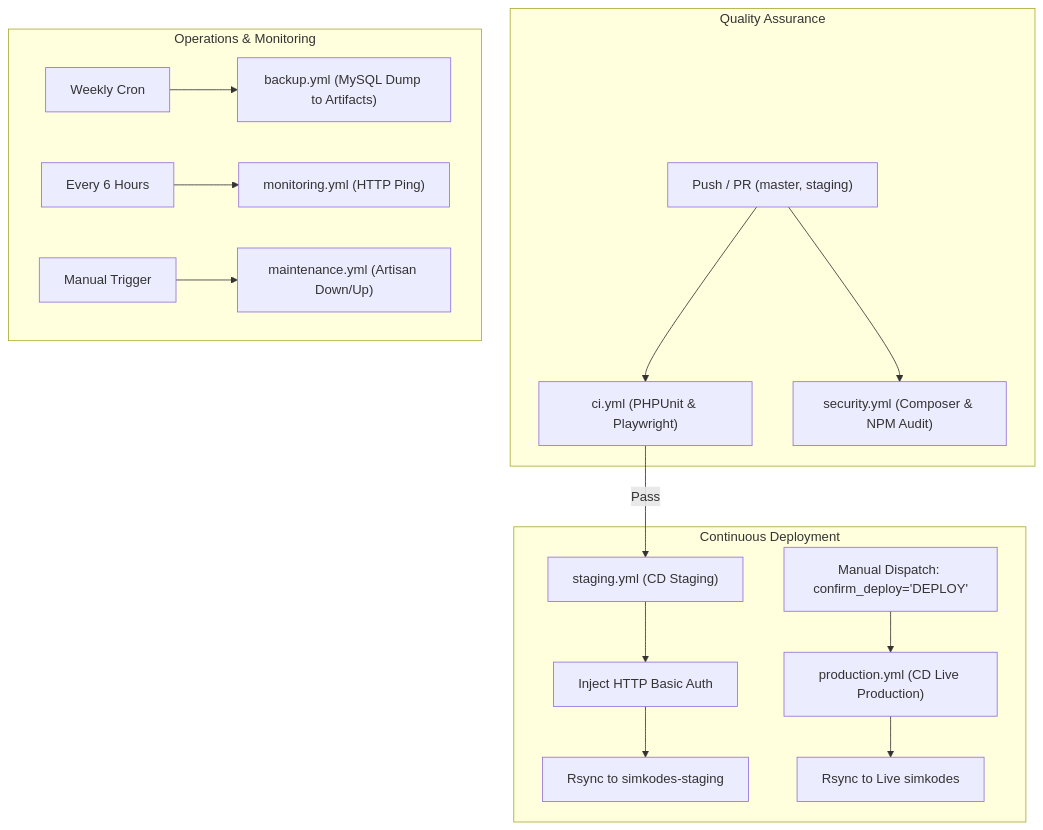
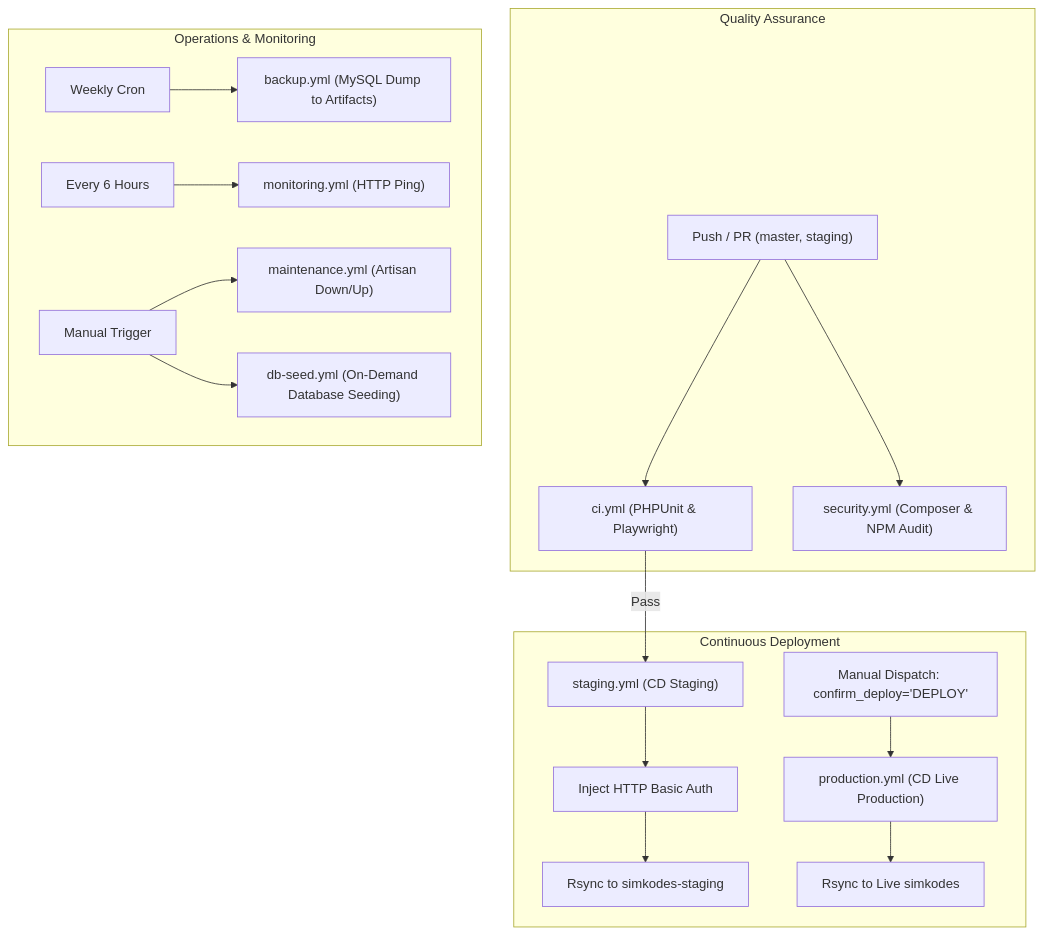
Before and after one commit to muhamadrofii/simkodes-qa-devops-portfolio: the diagram in README.md, drawn with Mermaid. The commit also changed other lines of this file and 4 other files, not shown here.

````diff
--- a/README.md
+++ b/README.md
@@ -154,22 +154,23 @@
 ```mermaid
 flowchart TD
     subgraph Quality Assurance
         PUSH["Push / PR (master, staging)"] --> CI["ci.yml (PHPUnit & Playwright)"]
         PUSH --> SEC["security.yml (Composer & NPM Audit)"]
     end
 
     subgraph Continuous Deployment
         CI -->|Pass| STG["staging.yml (CD Staging)"]
         STG --> BAUTH["Inject HTTP Basic Auth"]
         BAUTH --> RSYNC_STG["Rsync to simkodes-staging"]
 
         PROD_TRIGGER["Manual Dispatch: confirm_deploy='DEPLOY'"] --> PROD["production.yml (CD Live Production)"]
         PROD --> RSYNC_PROD["Rsync to Live simkodes"]
     end
 
     subgraph Operations & Monitoring
         WEEKLY["Weekly Cron"] --> BCK["backup.yml (MySQL Dump to Artifacts)"]
         CRON_6H["Every 6 Hours"] --> MON["monitoring.yml (HTTP Ping)"]
         MANUAL_OPS["Manual Trigger"] --> MAINT["maintenance.yml (Artisan Down/Up)"]
+        MANUAL_OPS --> SEED["db-seed.yml (On-Demand Database Seeding)"]
     end
 ```
````
